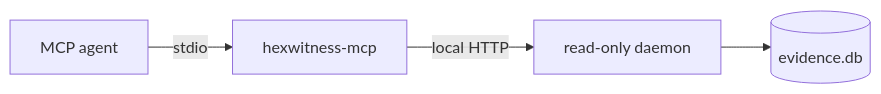
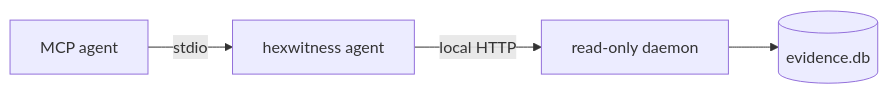
One commit to siaginw/HexWitness changed the diagram in docs/MCP.md. Above: the diagram before and after it, drawn with Mermaid. The commit also changed other lines of this file and 61 other files, not shown here.

````diff
--- a/docs/MCP.md
+++ b/docs/MCP.md
@@ -3,6 +3,6 @@
 ```mermaid
 flowchart LR
-  A["MCP agent"] -->|stdio| M["hexwitness-mcp"]
+  A["MCP agent"] -->|stdio| M["hexwitness agent"]
   M -->|local HTTP| D["read-only daemon"]
   D --> E[("evidence.db")]
 ```
````
